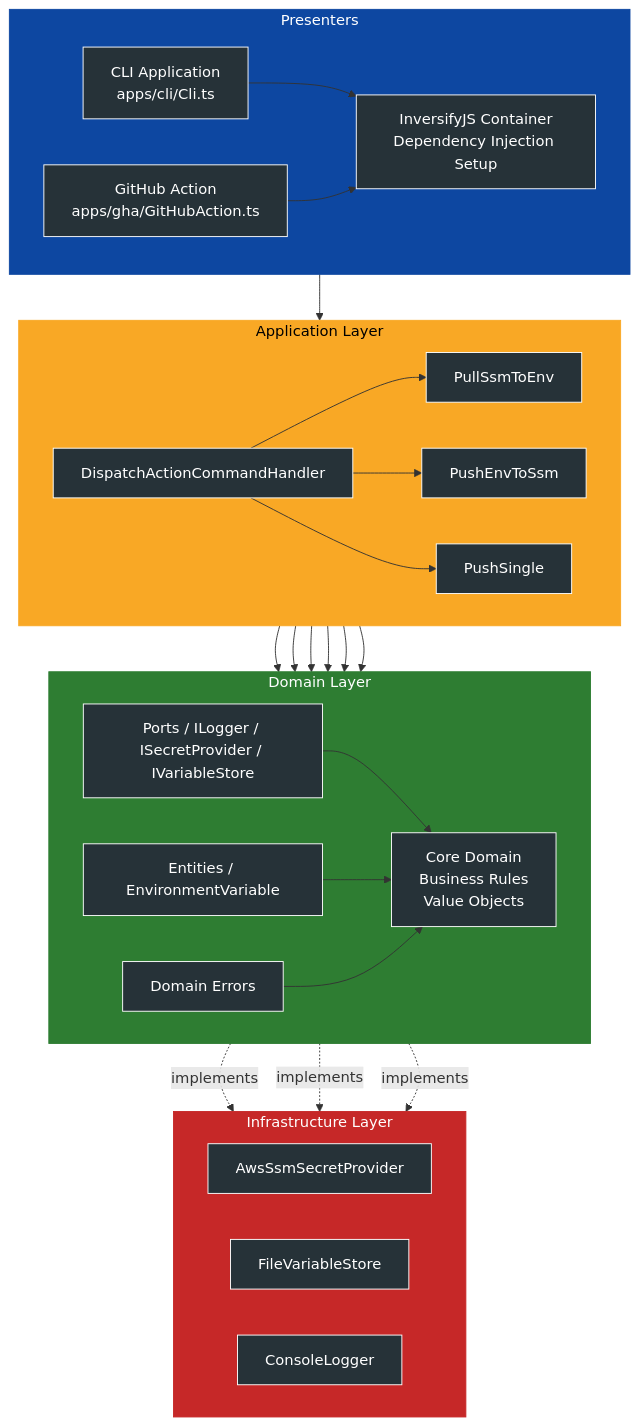
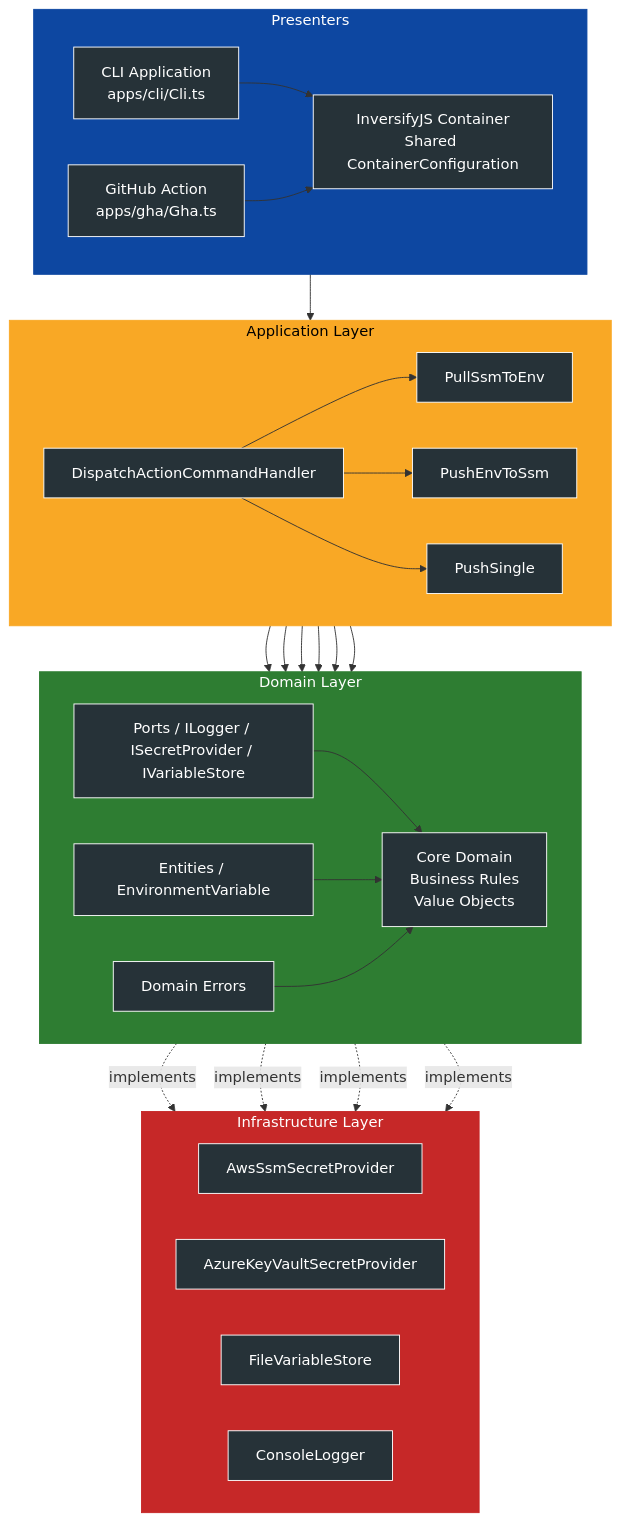
Before and after one commit to macalbert/envilder: the first of 4 diagrams in docs/architecture/README.md, drawn with Mermaid. The commit also changed other lines of this file and 11 other files, not shown here.

First line of the commit message:
feat: Add Azure Key Vault support for secret management

````diff
--- a/docs/architecture/README.md
+++ b/docs/architecture/README.md
@@ -20,78 +20,80 @@
 ```mermaid
 flowchart TB
 
 %% ==== STYLES ====
 classDef node fill:#263238,stroke:#FFFFFF,color:#FFFFFF;
 
 %% ================= INFRASTRUCTURE LAYER (RED BG) =================
 subgraph INFRA["Infrastructure Layer"]
     direction LR
     AWS[AwsSsmSecretProvider]
+    AZURE[AzureKeyVaultSecretProvider]
     FILE[FileVariableStore]
     LOG[ConsoleLogger]
 end
-class AWS,FILE,LOG node
+class AWS,AZURE,FILE,LOG node
 style INFRA fill:#C62828,stroke:#C62828,color:#FFFFFF
 
 %% ================= APPLICATION LAYER (YELLOW BG) =================
 subgraph APP["Application Layer"]
     direction LR
     DISPATCH[DispatchActionCommandHandler]
     PULL[PullSsmToEnv]
     PUSH[PushEnvToSsm]
     SINGLE[PushSingle]
 end
 class DISPATCH,PULL,PUSH,SINGLE node
 style APP fill:#F9A825,stroke:#F9A825,color:#000000
 
 %% ================= DOMAIN LAYER (GREEN BG, WITH CORE) =================
 subgraph DOMAIN["Domain Layer"]
     direction LR
     PORTS[Ports / ILogger / ISecretProvider / IVariableStore]
     ERR[Domain Errors]
     ENT[Entities / EnvironmentVariable]
     CORE[Core Domain<br/>Business Rules<br/>Value Objects]
 end
 class PORTS,ERR,ENT,CORE node
 style DOMAIN fill:#2E7D32,stroke:#2E7D32,color:#FFFFFF
 
 %% ================= PRESENTERS + DI (BLUE BG) =================
 subgraph PRESENTERS["Presenters"]
     direction LR
     CLI[CLI Application<br/>apps/cli/Cli.ts]
-    GHA[GitHub Action<br/>apps/gha/GitHubAction.ts]
-    DI[InversifyJS Container<br/>Dependency Injection Setup]
+    GHA[GitHub Action<br/>apps/gha/Gha.ts]
+    DI[InversifyJS Container<br/>Shared ContainerConfiguration]
 end
 class CLI,GHA,DI node
 style PRESENTERS fill:#0D47A1,stroke:#0D47A1,color:#FFFFFF
 
 %% ================= FLOWS =================
 
 %% Presenters → DI → App
 CLI --> DI
 GHA --> DI
 DI --> DISPATCH
 
 %% App → Domain
 DISPATCH --> PULL
 DISPATCH --> PUSH
 DISPATCH --> SINGLE
 
 PULL --> PORTS
 PUSH --> PORTS
 SINGLE --> PORTS
 
 PULL --> ENT
 PUSH --> ENT
 SINGLE --> ENT
 
 %% Domain → Core
 PORTS --> CORE
 ENT --> CORE
 ERR --> CORE
 
 %% Infra → Domain (implement ports)
 PORTS -.implements.-> AWS
+PORTS -.implements.-> AZURE
 PORTS -.implements.-> FILE
 PORTS -.implements.-> LOG
 ```
````
